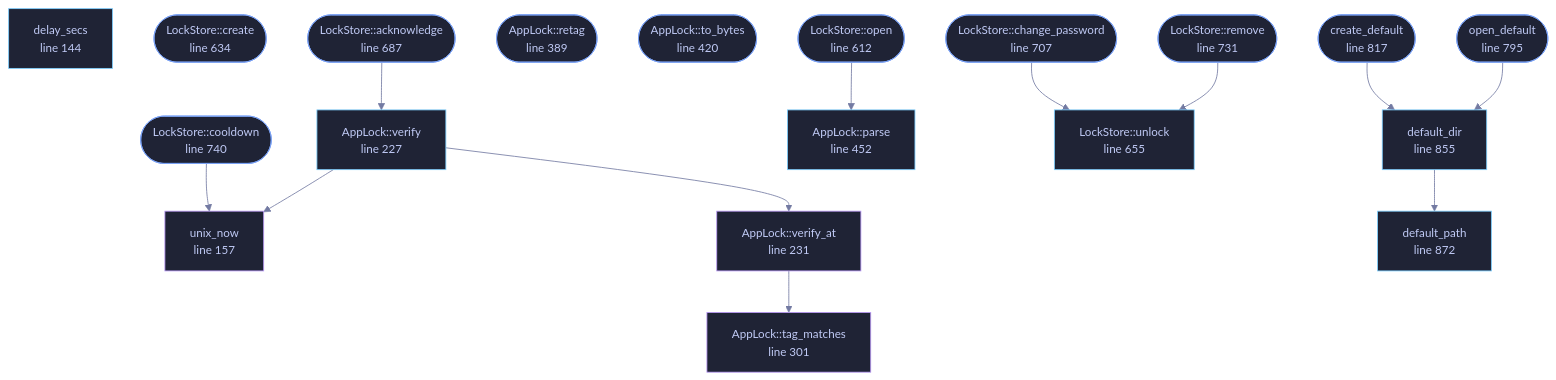
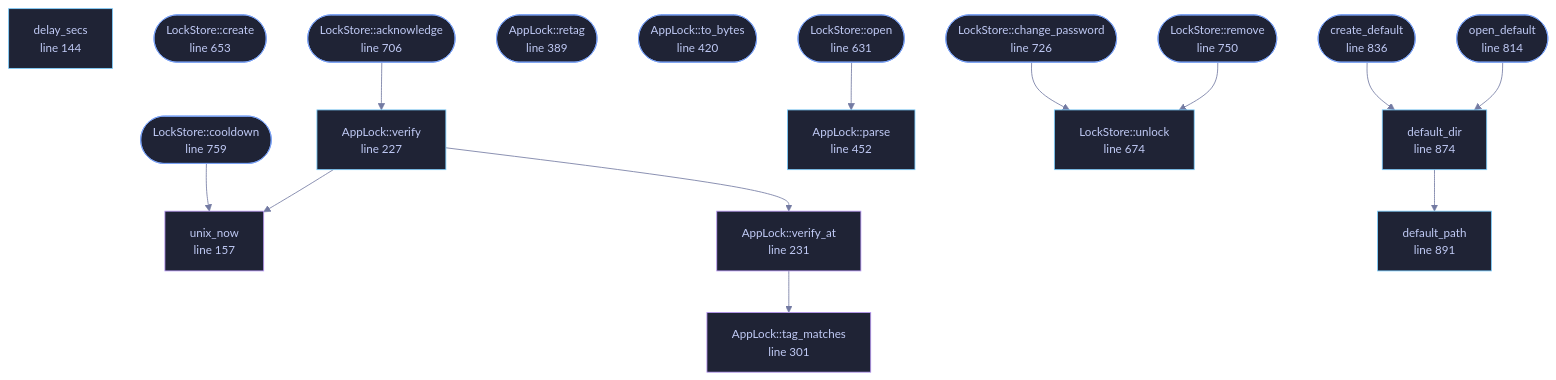
The diagram in docs/files/veilvoice-crypto/lock.md (tilas01/veilvoice), drawn with Mermaid before and after one commit. The commit also changed other lines of this file and 15 other files, not shown here.

````diff
--- a/docs/files/veilvoice-crypto/lock.md
+++ b/docs/files/veilvoice-crypto/lock.md
@@ -188,65 +188,65 @@
 ```mermaid
 %%{init: {"theme":"base","themeVariables":{"background":"#1a1b26","primaryColor":"#1f2335","primaryTextColor":"#c0caf5","primaryBorderColor":"#7aa2f7","secondaryColor":"#16161e","tertiaryColor":"#16161e","lineColor":"#737aa2","textColor":"#c0caf5","mainBkg":"#1f2335","nodeBorder":"#7aa2f7","clusterBkg":"#16161e","clusterBorder":"#2f3549","fontFamily":"ui-monospace, SFMono-Regular, Consolas, monospace","fontSize":"14px"}}}%%
 flowchart TD
     n_delay_secs["delay_secs<br/>line 144"]
     n_unix_now["unix_now<br/>line 157"]
     n_create(["AppLock::create<br/>line 201"])
     n_verify["AppLock::verify<br/>line 227"]
     n_verify_at["AppLock::verify_at<br/>line 231"]
     n_acknowledge(["AppLock::acknowledge<br/>line 289"])
     n_tag_matches["AppLock::tag_matches<br/>line 301"]
     n_cooldown(["AppLock::cooldown<br/>line 329"])
     n_retag(["AppLock::retag<br/>line 389"])
     n_to_bytes(["AppLock::to_bytes<br/>line 420"])
     n_parse["AppLock::parse<br/>line 452"]
-    n_open(["LockStore::open<br/>line 612"])
-    n_create(["LockStore::create<br/>line 634"])
-    n_unlock["LockStore::unlock<br/>line 655"]
-    n_acknowledge(["LockStore::acknowledge<br/>line 687"])
-    n_change_password(["LockStore::change_password<br/>line 707"])
-    n_remove(["LockStore::remove<br/>line 731"])
-    n_cooldown(["LockStore::cooldown<br/>line 740"])
-    n_open_default(["open_default<br/>line 795"])
-    n_create_default(["create_default<br/>line 817"])
-    n_default_dir["default_dir<br/>line 855"]
-    n_default_path["default_path<br/>line 872"]
+    n_open(["LockStore::open<br/>line 631"])
+    n_create(["LockStore::create<br/>line 653"])
+    n_unlock["LockStore::unlock<br/>line 674"]
+    n_acknowledge(["LockStore::acknowledge<br/>line 706"])
+    n_change_password(["LockStore::change_password<br/>line 726"])
+    n_remove(["LockStore::remove<br/>line 750"])
+    n_cooldown(["LockStore::cooldown<br/>line 759"])
+    n_open_default(["open_default<br/>line 814"])
+    n_create_default(["create_default<br/>line 836"])
+    n_default_dir["default_dir<br/>line 874"]
+    n_default_path["default_path<br/>line 891"]
     n_acknowledge --> n_verify
     n_change_password --> n_unlock
     n_cooldown --> n_unix_now
     n_create_default --> n_default_dir
     n_default_dir --> n_default_path
     n_open --> n_parse
     n_open_default --> n_default_dir
     n_remove --> n_unlock
     n_verify --> n_unix_now
     n_verify --> n_verify_at
     n_verify_at --> n_tag_matches
     click n_delay_secs href "https://github.com/tilas01/veilvoice/blob/main/crates/veilvoice-crypto/src/lock.rs#L144" "open the source"
     click n_unix_now href "https://github.com/tilas01/veilvoice/blob/main/crates/veilvoice-crypto/src/lock.rs#L157" "open the source"
     click n_create href "https://github.com/tilas01/veilvoice/blob/main/crates/veilvoice-crypto/src/lock.rs#L201" "open the source"
     click n_verify href "https://github.com/tilas01/veilvoice/blob/main/crates/veilvoice-crypto/src/lock.rs#L227" "open the source"
     click n_verify_at href "https://github.com/tilas01/veilvoice/blob/main/crates/veilvoice-crypto/src/lock.rs#L231" "open the source"
     click n_acknowledge href "https://github.com/tilas01/veilvoice/blob/main/crates/veilvoice-crypto/src/lock.rs#L289" "open the source"
     click n_tag_matches href "https://github.com/tilas01/veilvoice/blob/main/crates/veilvoice-crypto/src/lock.rs#L301" "open the source"
     click n_cooldown href "https://github.com/tilas01/veilvoice/blob/main/crates/veilvoice-crypto/src/lock.rs#L329" "open the source"
     click n_retag href "https://github.com/tilas01/veilvoice/blob/main/crates/veilvoice-crypto/src/lock.rs#L389" "open the source"
     click n_to_bytes href "https://github.com/tilas01/veilvoice/blob/main/crates/veilvoice-crypto/src/lock.rs#L420" "open the source"
     click n_parse href "https://github.com/tilas01/veilvoice/blob/main/crates/veilvoice-crypto/src/lock.rs#L452" "open the source"
-    click n_open href "https://github.com/tilas01/veilvoice/blob/main/crates/veilvoice-crypto/src/lock.rs#L612" "open the source"
-    click n_create href "https://github.com/tilas01/veilvoice/blob/main/crates/veilvoice-crypto/src/lock.rs#L634" "open the source"
-    click n_unlock href "https://github.com/tilas01/veilvoice/blob/main/crates/veilvoice-crypto/src/lock.rs#L655" "open the source"
-    click n_acknowledge href "https://github.com/tilas01/veilvoice/blob/main/crates/veilvoice-crypto/src/lock.rs#L687" "open the source"
-    click n_change_password href "https://github.com/tilas01/veilvoice/blob/main/crates/veilvoice-crypto/src/lock.rs#L707" "open the source"
-    click n_remove href "https://github.com/tilas01/veilvoice/blob/main/crates/veilvoice-crypto/src/lock.rs#L731" "open the source"
-    click n_cooldown href "https://github.com/tilas01/veilvoice/blob/main/crates/veilvoice-crypto/src/lock.rs#L740" "open the source"
-    click n_open_default href "https://github.com/tilas01/veilvoice/blob/main/crates/veilvoice-crypto/src/lock.rs#L795" "open the source"
-    click n_create_default href "https://github.com/tilas01/veilvoice/blob/main/crates/veilvoice-crypto/src/lock.rs#L817" "open the source"
-    click n_default_dir href "https://github.com/tilas01/veilvoice/blob/main/crates/veilvoice-crypto/src/lock.rs#L855" "open the source"
-    click n_default_path href "https://github.com/tilas01/veilvoice/blob/main/crates/veilvoice-crypto/src/lock.rs#L872" "open the source"
+    click n_open href "https://github.com/tilas01/veilvoice/blob/main/crates/veilvoice-crypto/src/lock.rs#L631" "open the source"
+    click n_create href "https://github.com/tilas01/veilvoice/blob/main/crates/veilvoice-crypto/src/lock.rs#L653" "open the source"
+    click n_unlock href "https://github.com/tilas01/veilvoice/blob/main/crates/veilvoice-crypto/src/lock.rs#L674" "open the source"
+    click n_acknowledge href "https://github.com/tilas01/veilvoice/blob/main/crates/veilvoice-crypto/src/lock.rs#L706" "open the source"
+    click n_change_password href "https://github.com/tilas01/veilvoice/blob/main/crates/veilvoice-crypto/src/lock.rs#L726" "open the source"
+    click n_remove href "https://github.com/tilas01/veilvoice/blob/main/crates/veilvoice-crypto/src/lock.rs#L750" "open the source"
+    click n_cooldown href "https://github.com/tilas01/veilvoice/blob/main/crates/veilvoice-crypto/src/lock.rs#L759" "open the source"
+    click n_open_default href "https://github.com/tilas01/veilvoice/blob/main/crates/veilvoice-crypto/src/lock.rs#L814" "open the source"
+    click n_create_default href "https://github.com/tilas01/veilvoice/blob/main/crates/veilvoice-crypto/src/lock.rs#L836" "open the source"
+    click n_default_dir href "https://github.com/tilas01/veilvoice/blob/main/crates/veilvoice-crypto/src/lock.rs#L874" "open the source"
+    click n_default_path href "https://github.com/tilas01/veilvoice/blob/main/crates/veilvoice-crypto/src/lock.rs#L891" "open the source"
     classDef entry fill:#1f2335,stroke:#7aa2f7,color:#c0caf5
     class n_create,n_acknowledge,n_cooldown,n_retag,n_to_bytes,n_open,n_create,n_acknowledge,n_change_password,n_remove,n_cooldown,n_open_default,n_create_default entry
     classDef api fill:#1f2335,stroke:#7dcfff,color:#c0caf5
     class n_delay_secs,n_verify,n_parse,n_unlock,n_default_dir,n_default_path api
     classDef helper fill:#1f2335,stroke:#bb9af7,color:#c0caf5
     class n_unix_now,n_verify_at,n_tag_matches helper
 ```
````
